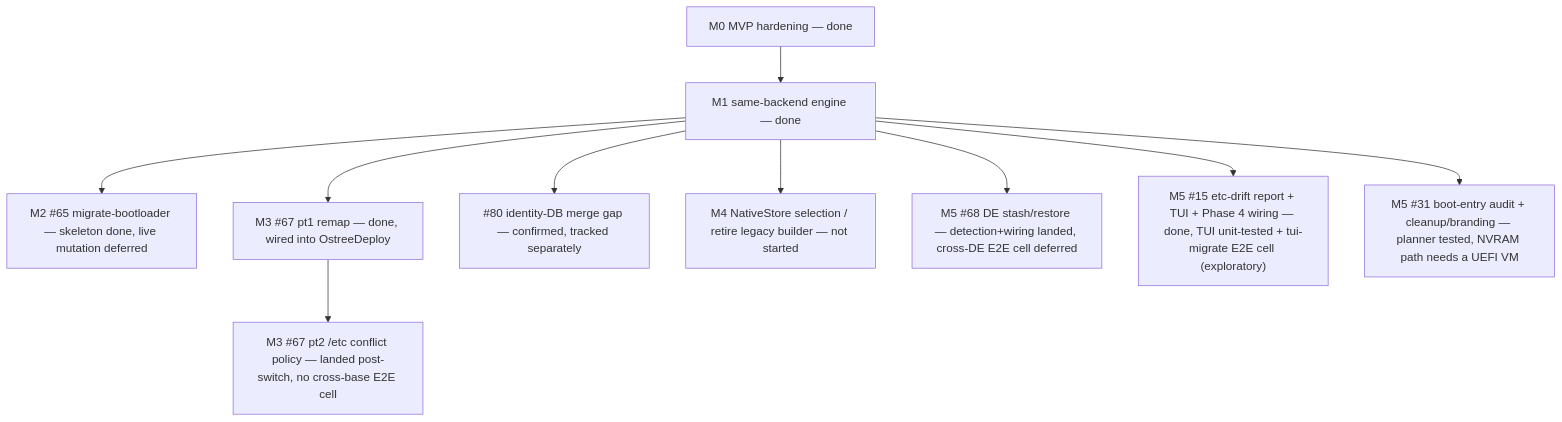
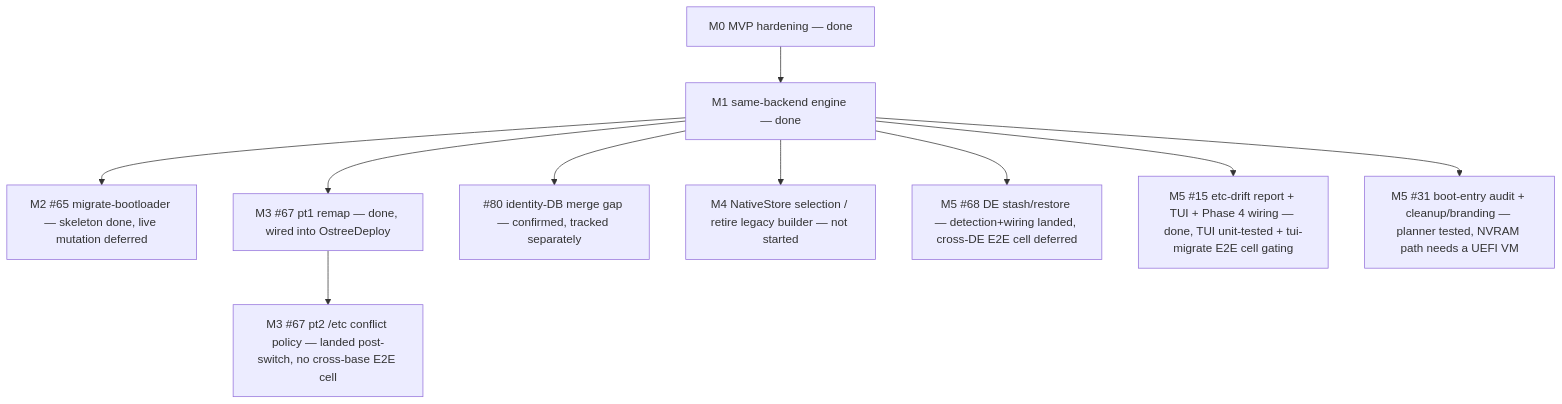
Before and after one commit to tuna-os/bootc-migrate: the diagram in ROADMAP.md, drawn with Mermaid. The commit also changed other lines of this file and 9 other files, not shown here.

First line of the commit message:
ci: graduate the E2E matrix to hosted runners and gate on the TUI cell (#184)

````diff
--- a/ROADMAP.md
+++ b/ROADMAP.md
@@ -271,12 +273,12 @@
 ```mermaid
 graph TD
   M0["M0 MVP hardening — done"] --> M1["M1 same-backend engine — done"]
   M1 --> M2["M2 #65 migrate-bootloader — skeleton done, live mutation deferred"]
   M1 --> M3P1["M3 #67 pt1 remap — done, wired into OstreeDeploy"]
   M3P1 --> M3P2["M3 #67 pt2 /etc conflict policy — landed post-switch, no cross-base E2E cell"]
   M1 --> GAP80["#80 identity-DB merge gap — confirmed, tracked separately"]
   M1 --> M4["M4 NativeStore selection / retire legacy builder — not started"]
   M1 --> M5A["M5 #68 DE stash/restore — detection+wiring landed, cross-DE E2E cell deferred"]
-  M1 --> M5B["M5 #15 etc-drift report + TUI + Phase 4 wiring — done, TUI unit-tested + tui-migrate E2E cell (exploratory)"]
+  M1 --> M5B["M5 #15 etc-drift report + TUI + Phase 4 wiring — done, TUI unit-tested + tui-migrate E2E cell gating"]
   M1 --> M5C["M5 #31 boot-entry audit + cleanup/branding — planner tested, NVRAM path needs a UEFI VM"]
 ```
````
